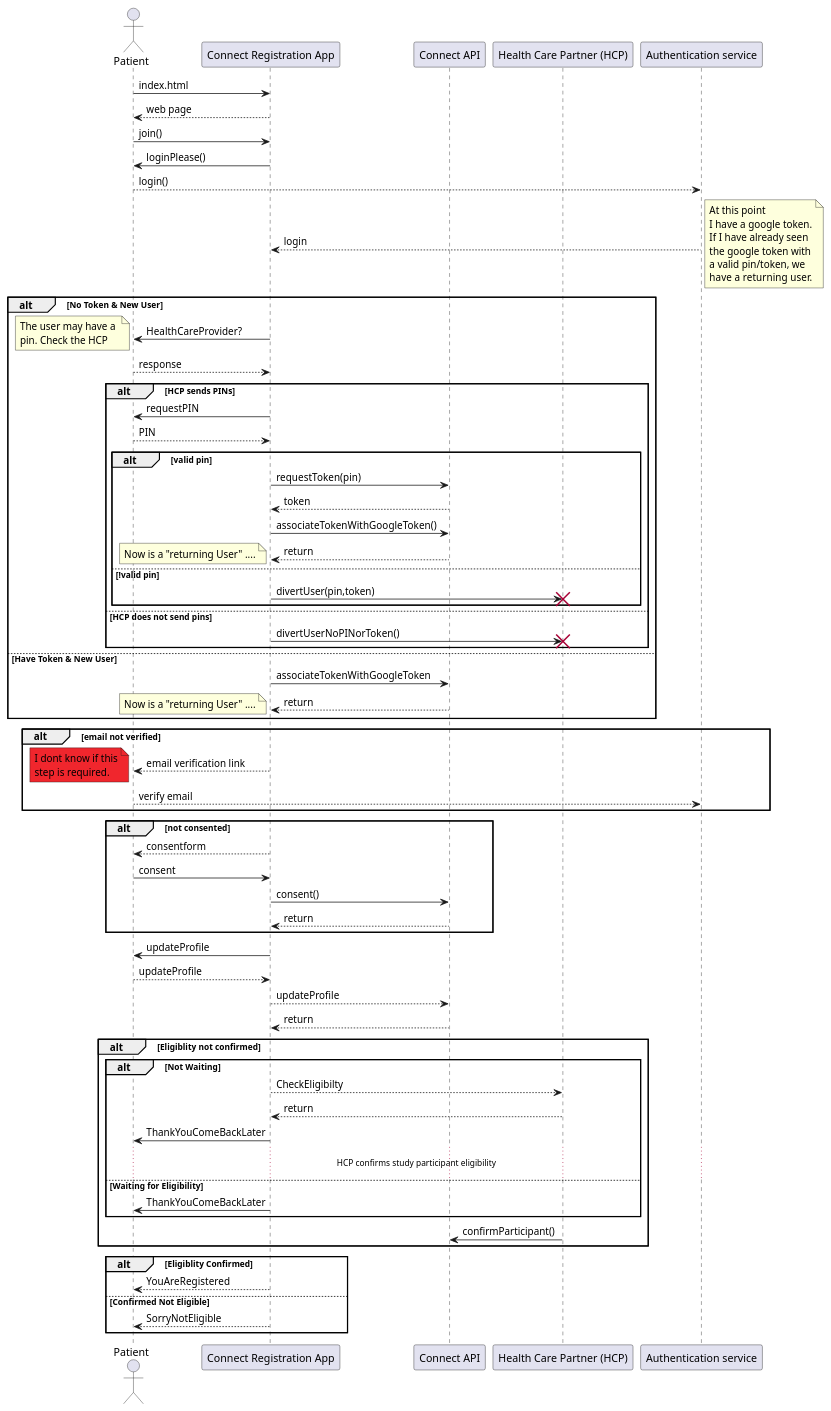
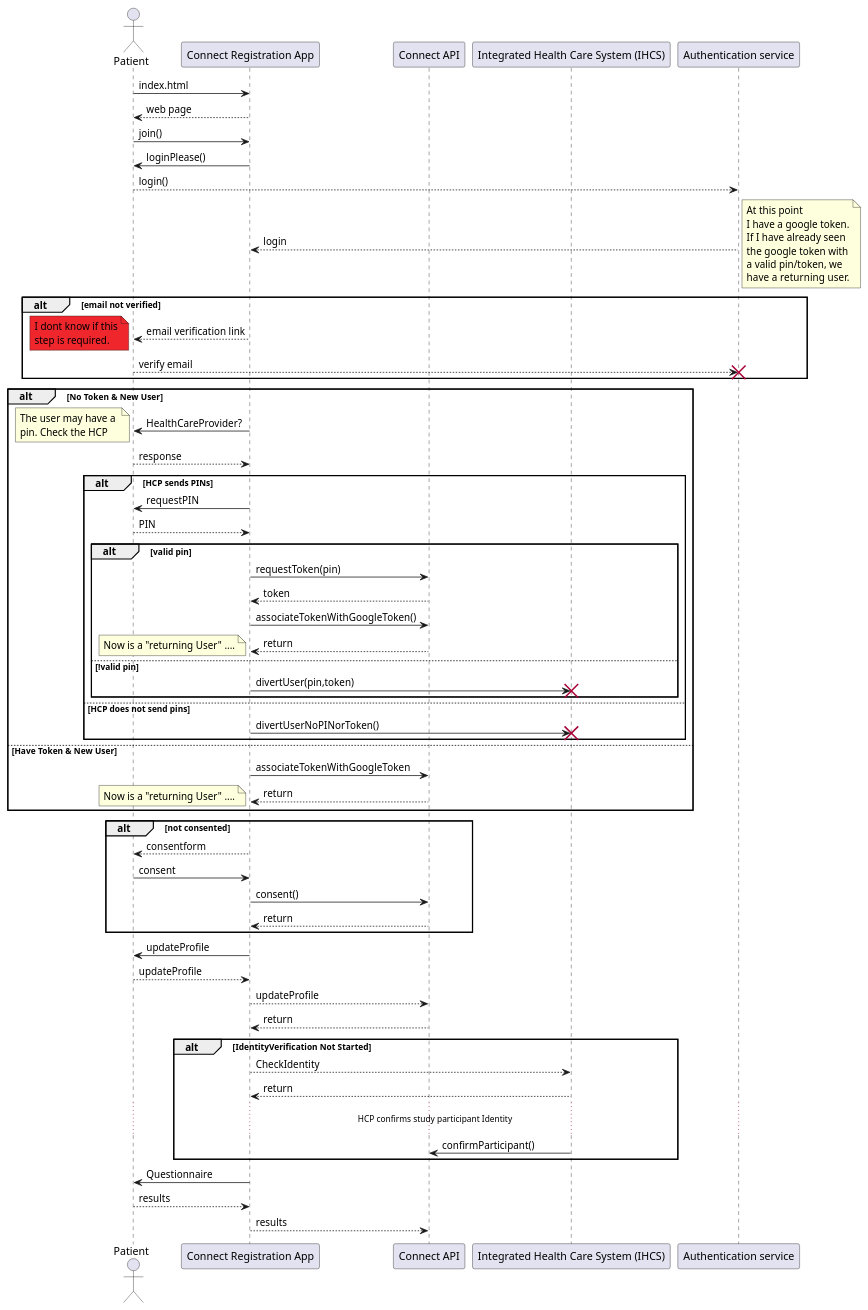
The diagram in AccountRegistration/reg.plantuml (episphere/doc), drawn with PlantUML before and after one commit. The commit also changed 1 other file, not shown here.

```diff
--- a/AccountRegistration/reg.plantuml
+++ b/AccountRegistration/reg.plantuml
@@ -1,103 +1,98 @@
 @startuml
 skinparam shadowing false
 actor Patient as A
 participant "Connect Registration App" as CA
 participant "Connect API" as API
-participant "Health Care Partner (HCP)" as HCP
+participant "Integrated Health Care System (IHCS)" as HCP
 participant "Authentication service" as AS
 
 A ->CA: index.html
 A <-- CA: web page
 A ->CA: join()
 CA -> A:  loginPlease()
 A --> AS: login()
 AS --> CA: login
   note right
     At this point
     I have a google token.
     If I have already seen
     the google token with
     a valid pin/token, we
     have a returning user.
   end note
+alt email not verified
+  CA --> A: email verification link
+  note left #f0262d
+    I dont know if this
+    step is required.
+  end note
+
+  A --> AS: verify email
+  destroy AS
+end
+
 
 alt No Token & New User
   CA -> A: HealthCareProvider?
   note left
     The user may have a 
     pin. Check the HCP
   end note
 
   A --> CA: response
 
   alt HCP sends PINs
     CA -> A: requestPIN
     A --> CA: PIN
     alt valid pin
     CA -> API: requestToken(pin)
     CA <-- API: token
     CA -> API: associateTokenWithGoogleToken()
     CA <-- API: return
     note left
         Now is a "returning User" ....
     end note
     
     else !valid pin
        CA -> HCP: divertUser(pin,token)
        destroy HCP
     end
     
   else HCP does not send pins
     CA -> HCP: divertUserNoPINorToken()
     destroy HCP
   end
 else Have Token & New User
   CA -> API: associateTokenWithGoogleToken
   CA <-- API: return
   note left
       Now is a "returning User" ....
   end note
 end
 
-alt email not verified
-  CA --> A: email verification link
-  note left #f0262d
-    I dont know if this
-    step is required.
-  end note
-
-  A --> AS: verify email
-end
 
 alt not consented
   CA --> A: consentform
   A -> CA: consent
   CA -> API: consent()
   CA <-- API: return
 end
 
 
 CA -> A: updateProfile
 A --> CA: updateProfile
 CA --> API: updateProfile
 API --> CA: return
 
-alt Eligiblity not confirmed
-  alt Not Waiting
-    CA --> HCP: CheckEligibilty
+alt IdentityVerification Not Started
+    CA --> HCP: CheckIdentity
     HCP --> CA: return
-    CA -> A:  ThankYouComeBackLater
-  ...HCP confirms study participant eligibility ...
-  else Waiting for Eligibility
-    CA -> A:  ThankYouComeBackLater
-  end
+  ...HCP confirms study participant Identity ...
   HCP -> API: confirmParticipant()
 end
 
-alt Eligiblity Confirmed
-  CA --> A: YouAreRegistered
-else Confirmed Not Eligible
-  CA --> A: SorryNotEligible
-end
+CA -> A: Questionnaire
+A --> CA: results
+CA --> API: results
 
 @enduml
```
